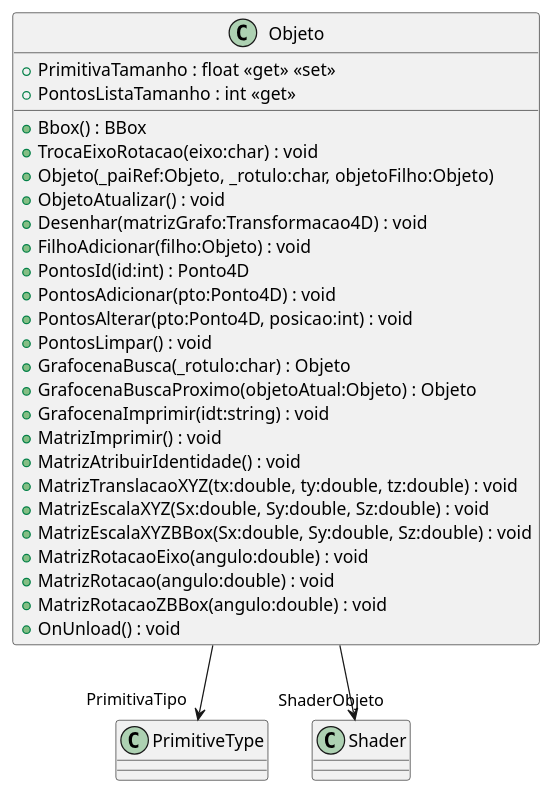
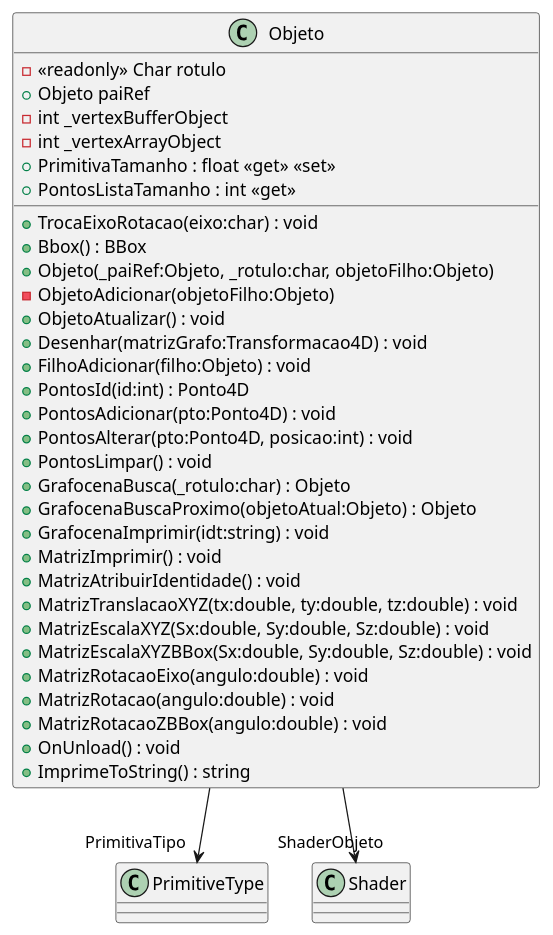
One commit to gcgfurb/disciplinaCg_2024-1_not_equipe-06 changed the diagram in Unidade3/CG_N3_Exemplo/plantuml/Objeto.puml. Above: the diagram before and after it, drawn with PlantUML. The commit also changed 10 other files, not shown here.

Commit message:
Ajuste diagramas

```diff
--- a/Unidade3/CG_N3_Exemplo/plantuml/Objeto.puml
+++ b/Unidade3/CG_N3_Exemplo/plantuml/Objeto.puml
@@ -1,30 +1,36 @@
-@startuml
+@startuml Objeto
 class Objeto {
+    - <<readonly>> Char rotulo
+    + Objeto paiRef
+    - int _vertexBufferObject
+    - int _vertexArrayObject
     + PrimitivaTamanho : float <<get>> <<set>>
     + PontosListaTamanho : int <<get>>
+    + TrocaEixoRotacao(eixo:char) : void 
     + Bbox() : BBox
-    + TrocaEixoRotacao(eixo:char) : void
     + Objeto(_paiRef:Objeto, _rotulo:char, objetoFilho:Objeto)
+    - ObjetoAdicionar(objetoFilho:Objeto)
     + ObjetoAtualizar() : void
     + Desenhar(matrizGrafo:Transformacao4D) : void
     + FilhoAdicionar(filho:Objeto) : void
     + PontosId(id:int) : Ponto4D
     + PontosAdicionar(pto:Ponto4D) : void
     + PontosAlterar(pto:Ponto4D, posicao:int) : void
     + PontosLimpar() : void
     + GrafocenaBusca(_rotulo:char) : Objeto
     + GrafocenaBuscaProximo(objetoAtual:Objeto) : Objeto
     + GrafocenaImprimir(idt:string) : void
     + MatrizImprimir() : void
     + MatrizAtribuirIdentidade() : void
     + MatrizTranslacaoXYZ(tx:double, ty:double, tz:double) : void
     + MatrizEscalaXYZ(Sx:double, Sy:double, Sz:double) : void
     + MatrizEscalaXYZBBox(Sx:double, Sy:double, Sz:double) : void
     + MatrizRotacaoEixo(angulo:double) : void
     + MatrizRotacao(angulo:double) : void
     + MatrizRotacaoZBBox(angulo:double) : void
     + OnUnload() : void
+    + ImprimeToString() : string
 }
 Objeto --> "PrimitivaTipo" PrimitiveType
 Objeto --> "ShaderObjeto" Shader
 @enduml
```
